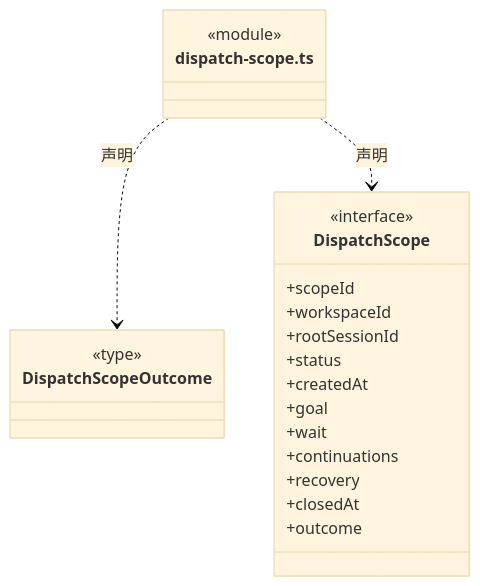
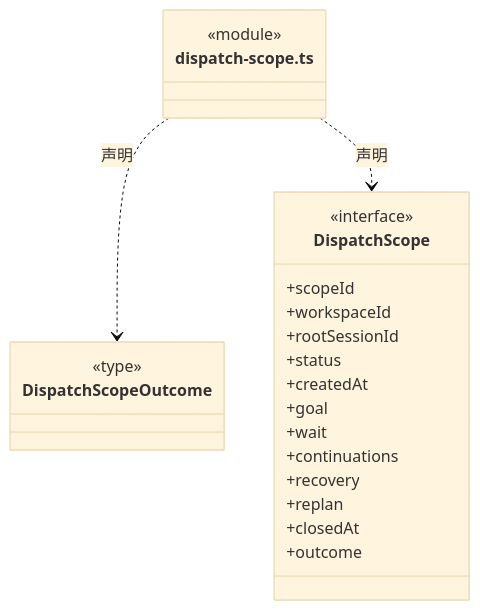
One commit to nan023062/cbim changed the sixth of 56 diagrams in src/backend/core/tasks/ARCHITECTURE.md. Above: the diagram before and after it, drawn with Mermaid (base theme). The commit also changed other lines of this file and 53 other files, not shown here.

````diff
--- a/src/backend/core/tasks/ARCHITECTURE.md
+++ b/src/backend/core/tasks/ARCHITECTURE.md
@@ -154,26 +156,27 @@
 ```mermaid
 classDiagram
 class N_src_backend_core_tasks_dispatch_scope_ts["dispatch-scope.ts"] {
   <<module>>
 }
 class N_src_backend_core_tasks_dispatch_scope_ts_DispatchScopeOutcome["DispatchScopeOutcome"] {
   <<type>>
 
 }
 N_src_backend_core_tasks_dispatch_scope_ts ..> N_src_backend_core_tasks_dispatch_scope_ts_DispatchScopeOutcome : 声明
 class N_src_backend_core_tasks_dispatch_scope_ts_DispatchScope["DispatchScope"] {
   <<interface>>
   +scopeId
   +workspaceId
   +rootSessionId
   +status
   +createdAt
   +goal
   +wait
   +continuations
   +recovery
+  +replan
   +closedAt
   +outcome
 }
 N_src_backend_core_tasks_dispatch_scope_ts ..> N_src_backend_core_tasks_dispatch_scope_ts_DispatchScope : 声明
 ```
````
